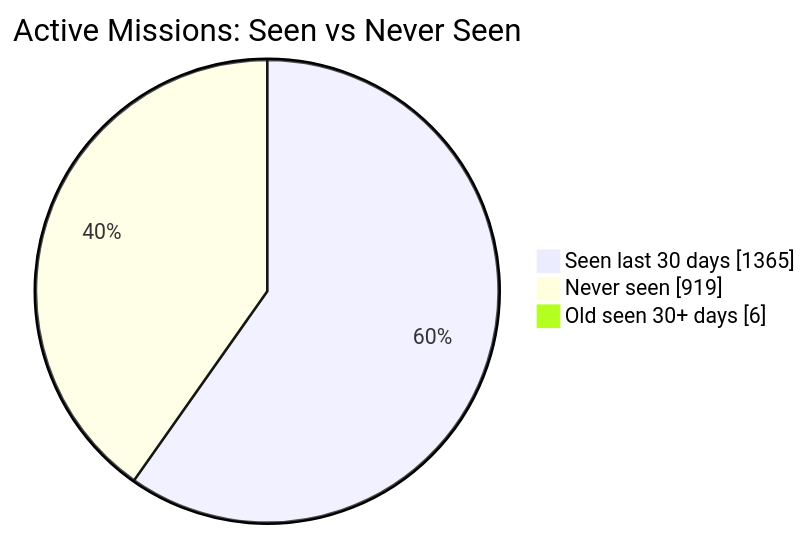
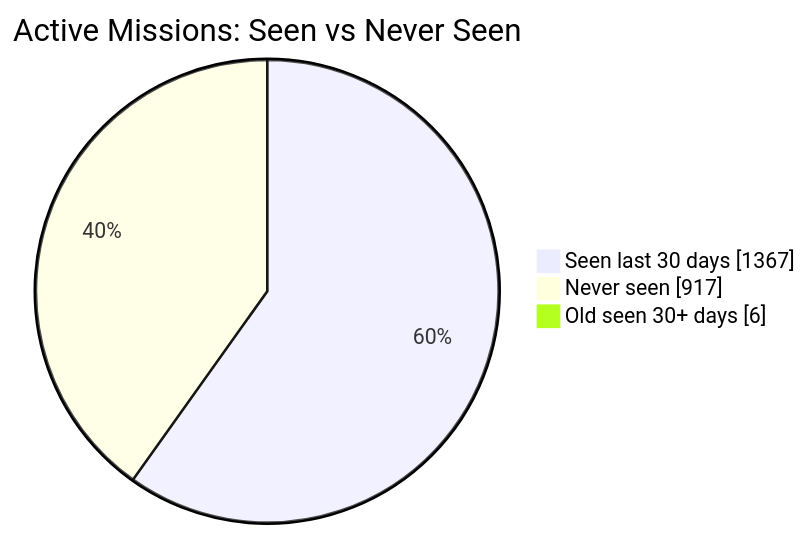
One commit to MeldkamerspelGameTeam/active-missions changed the first of 2 diagrams in README.md. Above: the diagram before and after it, drawn with Mermaid. The commit also changed other lines of this file and 2 other files, not shown here.

````diff
--- a/README.md
+++ b/README.md
@@ -34,7 +34,7 @@
 ```mermaid
 pie showData
     title Active Missions: Seen vs Never Seen
-    "Seen last 30 days" : 1365
-    "Never seen" : 919
+    "Seen last 30 days" : 1367
+    "Never seen" : 917
     "Old seen 30+ days" : 6
 ```
````
